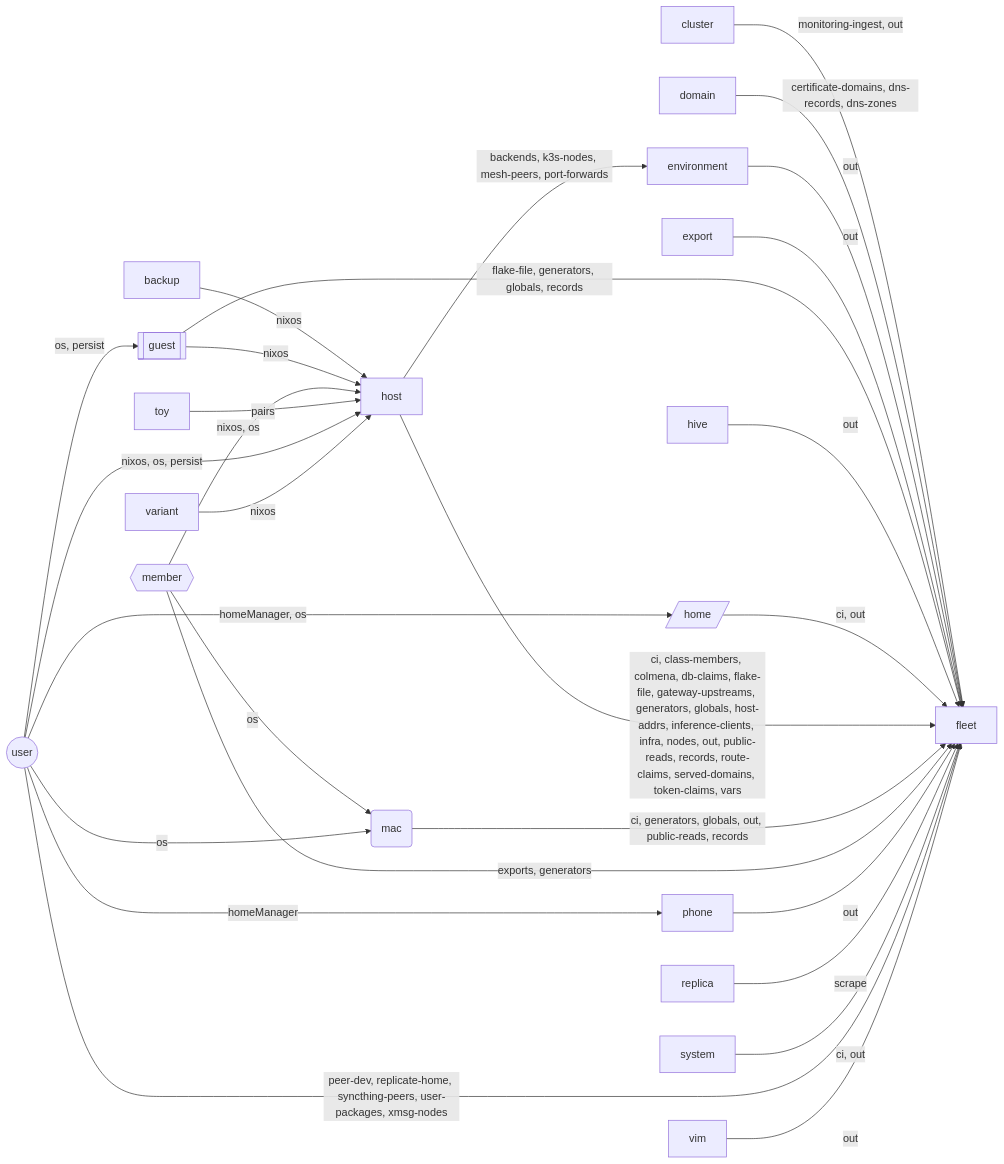
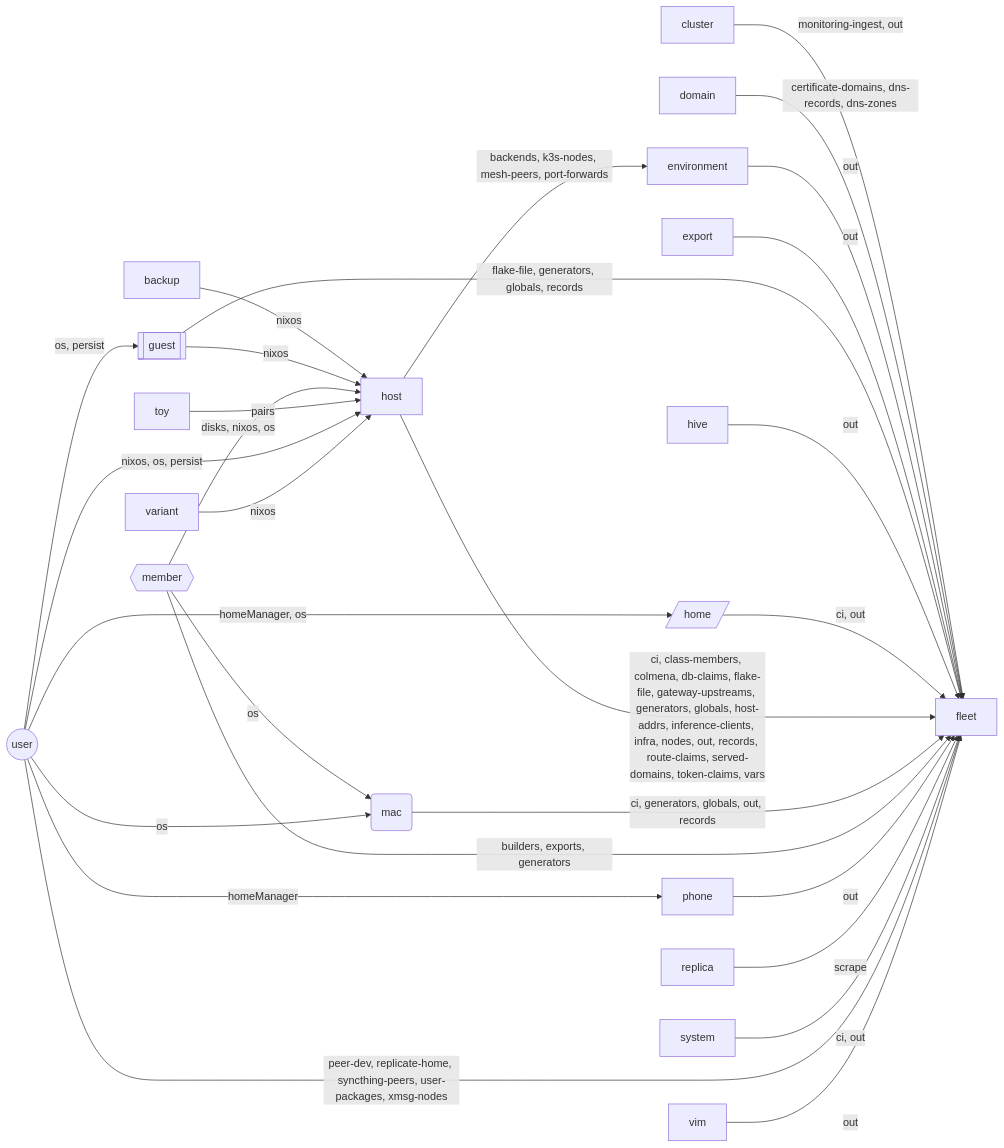
The fourth of 12 diagrams in templates/fleet/README.md (vic/sven), drawn with Mermaid before and after one commit. The commit also changed other lines of this file and 106 other files, not shown here.

````diff
--- a/templates/fleet/README.md
+++ b/templates/fleet/README.md
@@ -1015,49 +1071,49 @@
 ```mermaid
 flowchart LR
   nbef6320675["backup"]
   nd64d1d67a7["cluster"]
   n9c823beb5d["domain"]
   nd086c25d77["environment"]
   n5eff1733fa["export"]
   n91d5d2cc57["fleet"]
   n6d97491988[["guest"]]
   n24c3f6fa44["hive"]
   n1d6e8fa2a0[/"home"/]
   n176652715a["host"]
   n08d6894135("mac")
   nc1c099a844{{"member"}}
   nae6071da07["phone"]
   n9e45cb601f["replica"]
   n9e30fb7851["system"]
   n7de19fbcd5["toy"]
   n98318c51f4(("user"))
   n19dbbc75e7["variant"]
   nce49cf1ba2["vim"]
   nbef6320675 -->|"nixos"| n176652715a
   nd64d1d67a7 -->|"monitoring-ingest, out"| n91d5d2cc57
   n9c823beb5d -->|"certificate-domains, dns-records, dns-zones"| n91d5d2cc57
   nd086c25d77 -->|"out"| n91d5d2cc57
   n5eff1733fa -->|"out"| n91d5d2cc57
   n6d97491988 -->|"flake-file, generators, globals, records"| n91d5d2cc57
   n6d97491988 -->|"nixos"| n176652715a
   n24c3f6fa44 -->|"out"| n91d5d2cc57
   n1d6e8fa2a0 -->|"ci, out"| n91d5d2cc57
   n176652715a -->|"backends, k3s-nodes, mesh-peers, port-forwards"| nd086c25d77
-  n176652715a -->|"ci, class-members, colmena, db-claims, flake-file, gateway-upstreams, generators, globals, host-addrs, inference-clients, infra, nodes, out, public-reads, records, route-claims, served-domains, token-claims, vars"| n91d5d2cc57
-  n08d6894135 -->|"ci, generators, globals, out, public-reads, records"| n91d5d2cc57
-  nc1c099a844 -->|"exports, generators"| n91d5d2cc57
-  nc1c099a844 -->|"nixos, os"| n176652715a
+  n176652715a -->|"ci, class-members, colmena, db-claims, flake-file, gateway-upstreams, generators, globals, host-addrs, inference-clients, infra, nodes, out, records, route-claims, served-domains, token-claims, vars"| n91d5d2cc57
+  n08d6894135 -->|"ci, generators, globals, out, records"| n91d5d2cc57
+  nc1c099a844 -->|"builders, exports, generators"| n91d5d2cc57
+  nc1c099a844 -->|"disks, nixos, os"| n176652715a
   nc1c099a844 -->|"os"| n08d6894135
   nae6071da07 -->|"out"| n91d5d2cc57
   n9e45cb601f -->|"scrape"| n91d5d2cc57
   n9e30fb7851 -->|"ci, out"| n91d5d2cc57
   n7de19fbcd5 -->|"pairs"| n176652715a
   n98318c51f4 -->|"peer-dev, replicate-home, syncthing-peers, user-packages, xmsg-nodes"| n91d5d2cc57
   n98318c51f4 -->|"os, persist"| n6d97491988
   n98318c51f4 -->|"homeManager, os"| n1d6e8fa2a0
   n98318c51f4 -->|"nixos, os, persist"| n176652715a
   n98318c51f4 -->|"os"| n08d6894135
   n98318c51f4 -->|"homeManager"| nae6071da07
   n19dbbc75e7 -->|"nixos"| n176652715a
   nce49cf1ba2 -->|"out"| n91d5d2cc57
 ```
````
